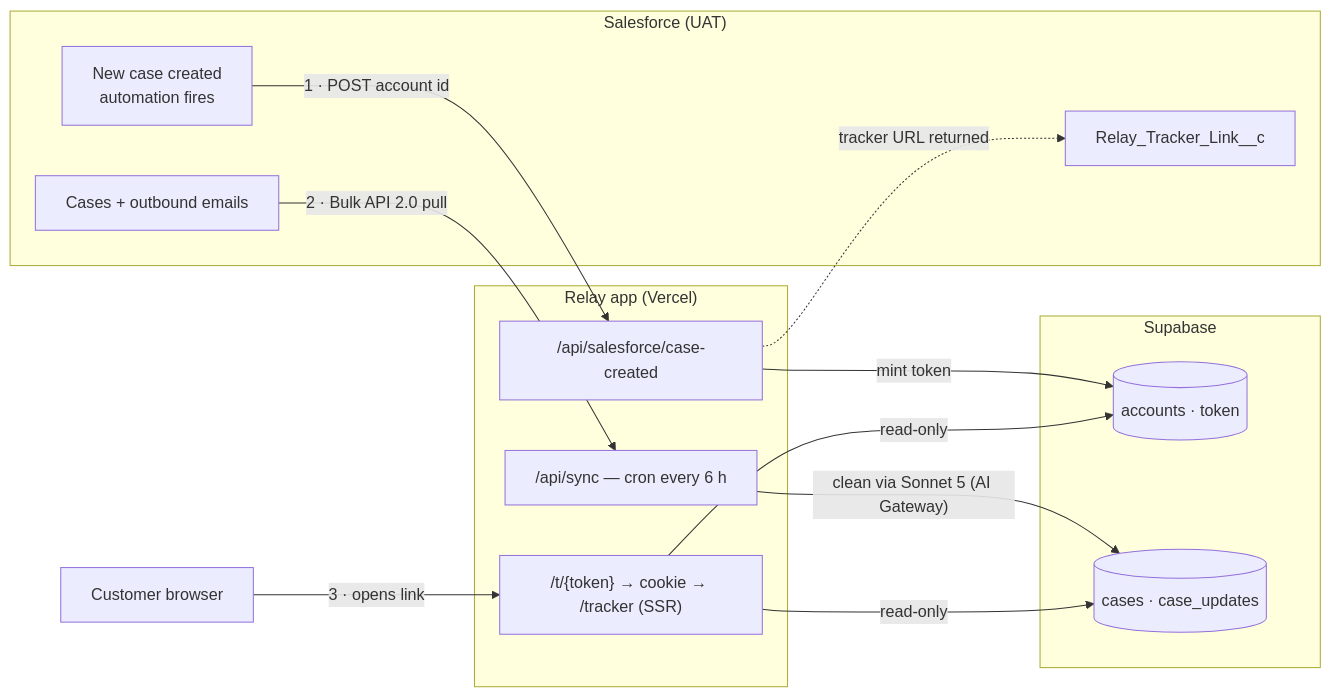
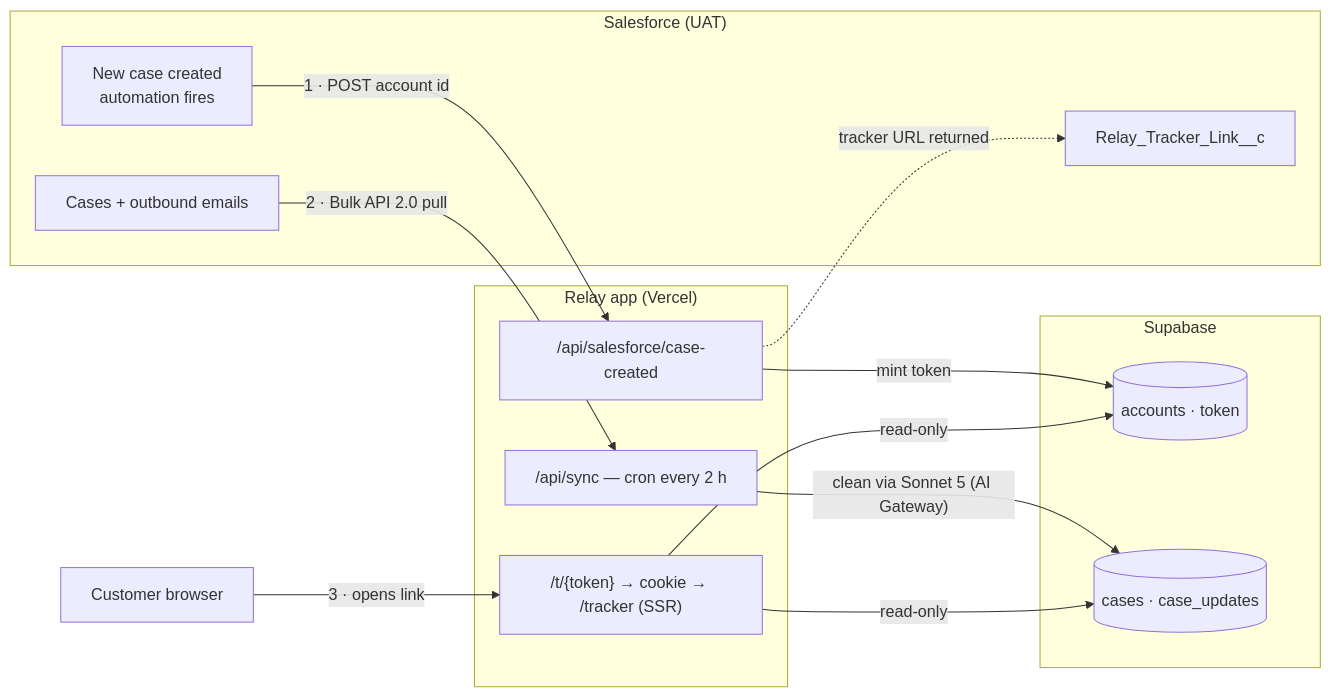
The diagram in README.md (hamza-saraswat-fp/relay), drawn with Mermaid before and after one commit. The commit also changed other lines of this file and 4 other files, not shown here.

````diff
--- a/README.md
+++ b/README.md
@@ -13,25 +14,25 @@
 ```mermaid
 flowchart LR
   subgraph SF["Salesforce (UAT)"]
     A[New case created<br/>automation fires]
     D[Cases + outbound emails]
     F[Relay_Tracker_Link__c]
   end
   subgraph V["Relay app (Vercel)"]
     B["/api/salesforce/case-created"]
-    E["/api/sync — cron every 6 h"]
+    E["/api/sync — cron every 2 h"]
     P["/t/{token} → cookie → /tracker (SSR)"]
   end
   subgraph DB["Supabase"]
     T[(accounts · token)]
     C[(cases · case_updates)]
   end
   A -- "1 · POST account id" --> B
   B -- mint token --> T
   B -. "tracker URL returned" .-> F
   D -- "2 · Bulk API 2.0 pull" --> E
   E -- "clean via Sonnet 5 (AI Gateway)" --> C
   U[Customer browser] -- "3 · opens link" --> P
   P -- read-only --> T
   P -- read-only --> C
 ```
````
